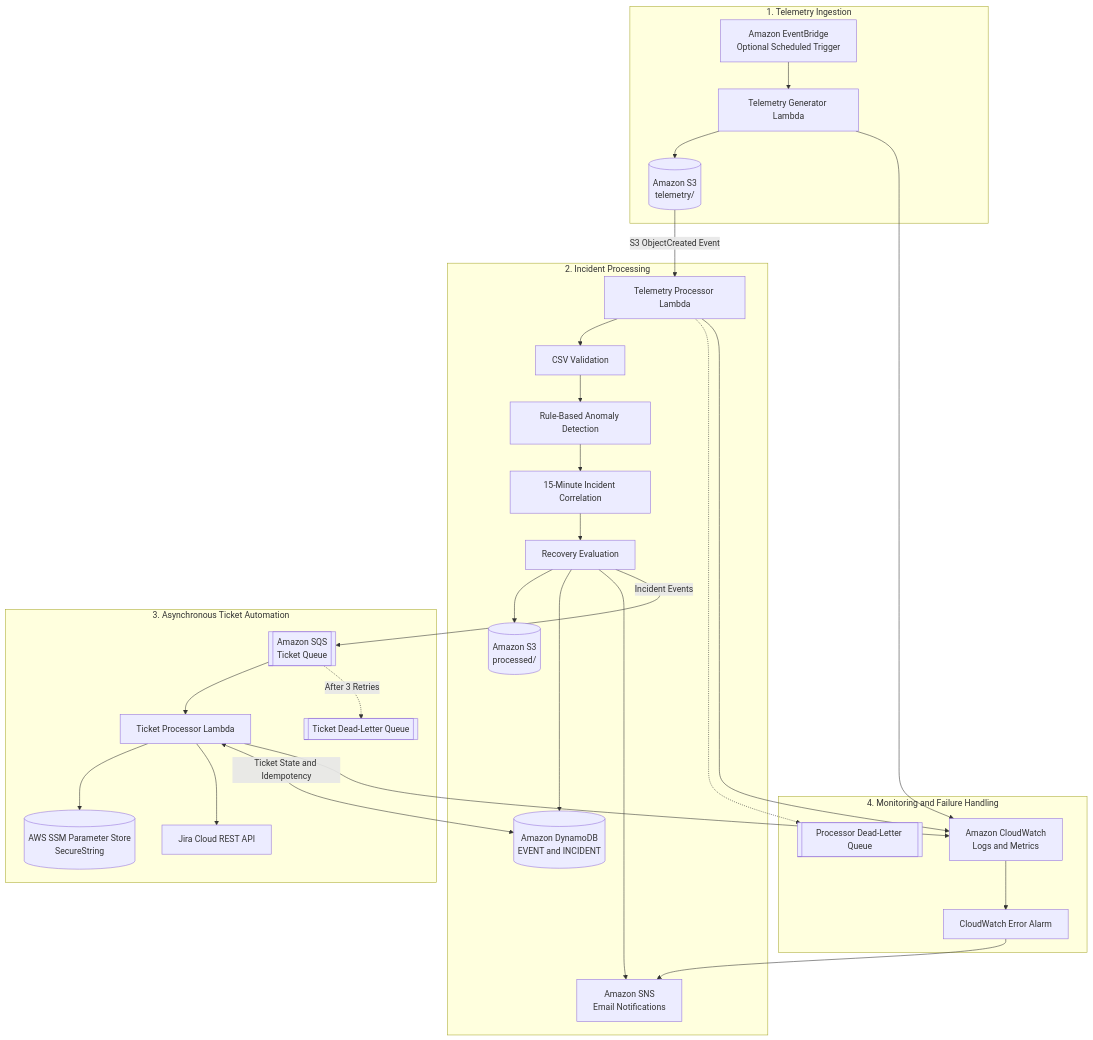
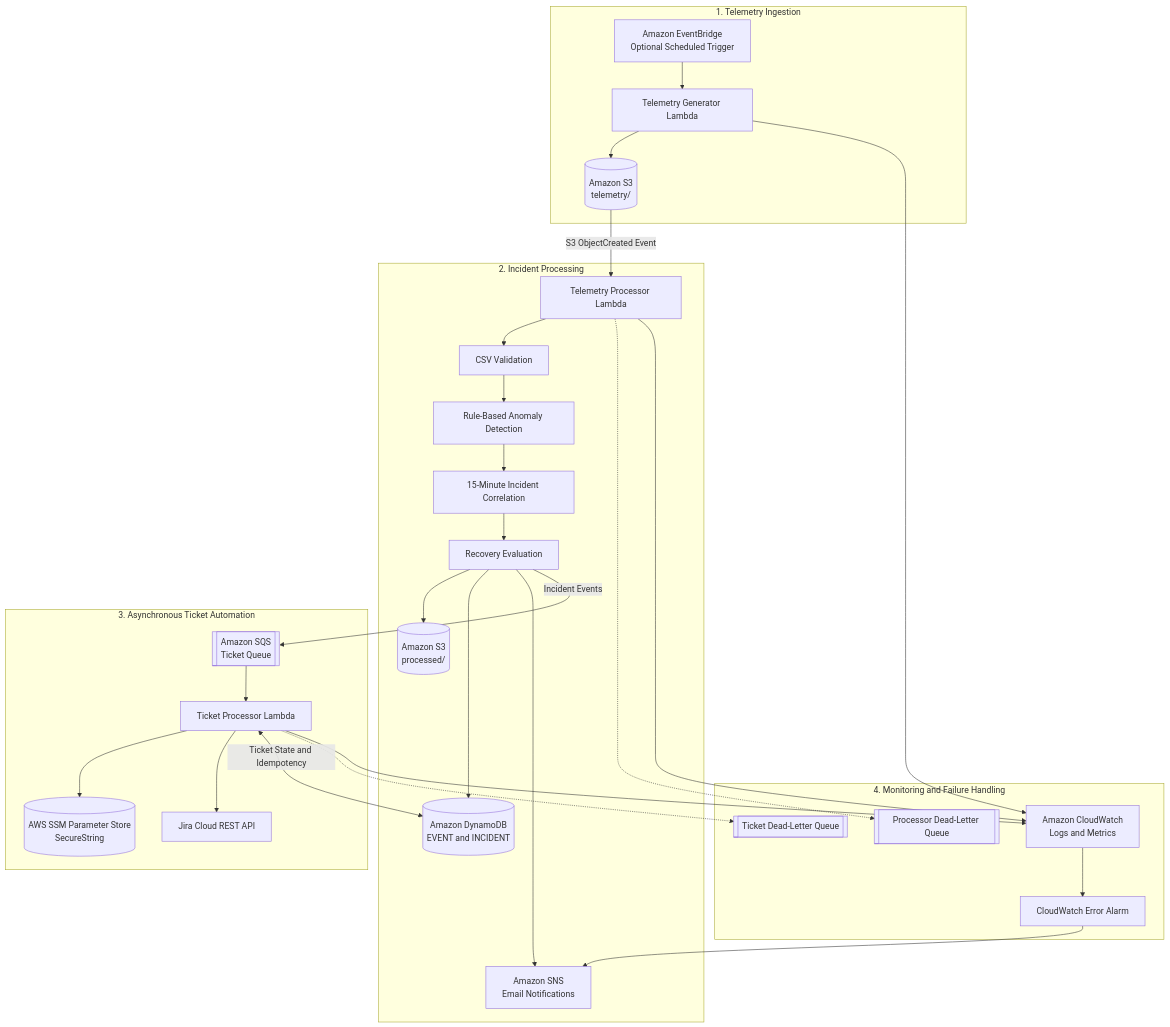
The diagram in README.md (rushikeshgokhe/solar-asset-monitoring), drawn with Mermaid before and after one commit. The commit also changed other lines of this file, not shown here.

````diff
--- a/README.md
+++ b/README.md
@@ -45,62 +45,63 @@
 ```mermaid
 flowchart TB
 
     subgraph A["1. Telemetry Ingestion"]
         EB["Amazon EventBridge<br/>Optional Scheduled Trigger"]
         GEN["Telemetry Generator Lambda"]
         S3IN[("Amazon S3<br/>telemetry/")]
 
         EB --> GEN
         GEN --> S3IN
     end
 
     subgraph B["2. Incident Processing"]
         PROC["Telemetry Processor Lambda"]
         VALID["CSV Validation"]
         DETECT["Rule-Based Anomaly Detection"]
         NORMAL["15-Minute Incident Correlation"]
         RECOVERY["Recovery Evaluation"]
 
         S3OUT[("Amazon S3<br/>processed/")]
         DDB[("Amazon DynamoDB<br/>EVENT and INCIDENT")]
         SNS["Amazon SNS<br/>Email Notifications"]
 
         PROC --> VALID
         VALID --> DETECT
         DETECT --> NORMAL
         NORMAL --> RECOVERY
         RECOVERY --> S3OUT
         RECOVERY --> DDB
         RECOVERY --> SNS
     end
 
     S3IN -->|"S3 ObjectCreated Event"| PROC
 
     subgraph C["3. Asynchronous Ticket Automation"]
         QUEUE[["Amazon SQS<br/>Ticket Queue"]]
         TICKET["Ticket Processor Lambda"]
         SSM[("AWS SSM Parameter Store<br/>SecureString")]
         JIRA["Jira Cloud REST API"]
 
         QUEUE --> TICKET
         TICKET --> SSM
         TICKET --> JIRA
         TICKET <-->|"Ticket State and Idempotency"| DDB
-        QUEUE -.->|"After 3 Retries"| DLQ2[["Ticket Dead-Letter Queue"]]
     end
 
     RECOVERY -->|"Incident Events"| QUEUE
 
     subgraph D["4. Monitoring and Failure Handling"]
         CW["Amazon CloudWatch<br/>Logs and Metrics"]
         ALARM["CloudWatch Error Alarm"]
         DLQ1[["Processor Dead-Letter Queue"]]
+        DLQ2[["Ticket Dead-Letter Queue"]]
 
         PROC -.-> DLQ1
+        TICKET -.-> DLQ2
         GEN --> CW
         PROC --> CW
         TICKET --> CW
         CW --> ALARM
         ALARM --> SNS
     end
 ```
````
